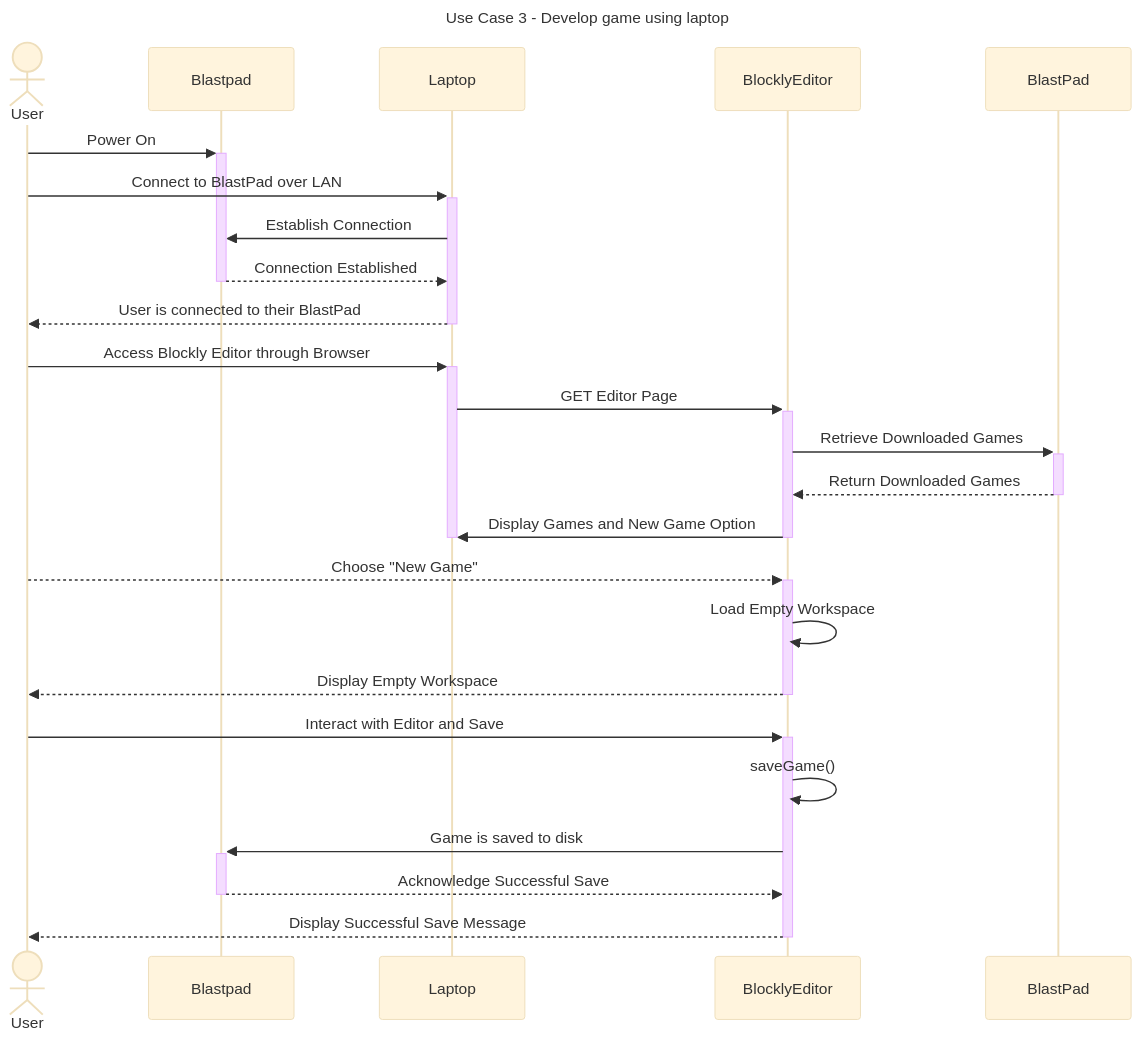
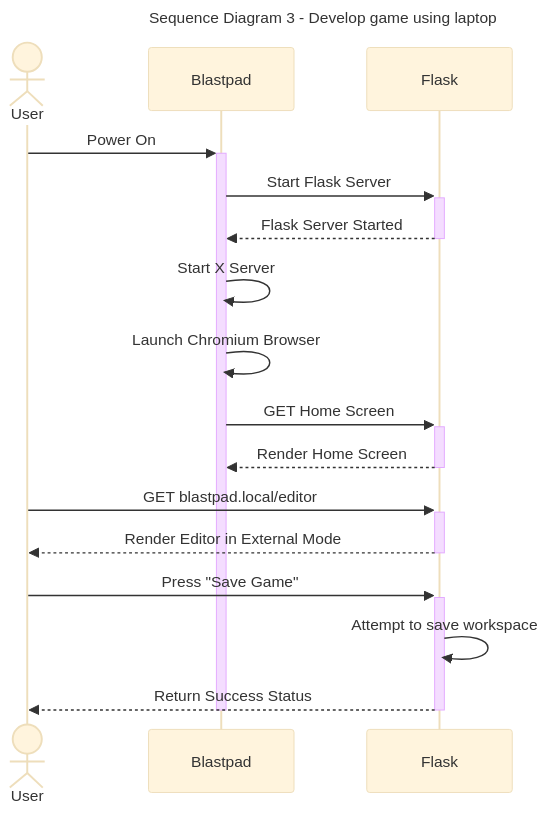
One commit to Capstone-Projects-2024-Spring/project-blastpad changed the third of 11 diagrams in documentation/docs/requirements/use-case-descriptions.md. Above: the diagram before and after it, drawn with Mermaid (base theme). The commit also changed other lines of this file and 3 other files, not shown here.

Commit message:
Use Case Seq Diagrams

````diff
--- a/documentation/docs/requirements/use-case-descriptions.md
+++ b/documentation/docs/requirements/use-case-descriptions.md
@@ -91,31 +91,26 @@
 ```mermaid
 ---
-title: "Use Case 3 - Develop game using laptop"
+title: "Sequence Diagram 3 - Develop game using laptop"
 ---
-
 sequenceDiagram
 actor User
 User->>+Blastpad: Power On
-User->>+Laptop: Connect to BlastPad over LAN
-Laptop->>Blastpad: Establish Connection
-Blastpad-->>-Laptop: Connection Established
-Laptop-->>-User: User is connected to their BlastPad
-User->>+Laptop: Access Blockly Editor through Browser
-Laptop->>+BlocklyEditor: GET Editor Page
+Blastpad->>+Flask: Start Flask Server
+Flask-->>-Blastpad: Flask Server Started
 
-BlocklyEditor->>+BlastPad: Retrieve Downloaded Games
-BlastPad-->>-BlocklyEditor: Return Downloaded Games
-BlocklyEditor->>-Laptop: Display Games and New Game Option
-deactivate Laptop
-User-->>+BlocklyEditor: Choose "New Game"
+Blastpad->>Blastpad: Start X Server
+Blastpad->>Blastpad: Launch Chromium Browser
 
-BlocklyEditor->>BlocklyEditor: Load Empty Workspace
-BlocklyEditor-->>-User: Display Empty Workspace
+Blastpad->>+Flask: GET Home Screen
+Flask-->>-Blastpad: Render Home Screen
 
-User->>+BlocklyEditor: Interact with Editor and Save
-BlocklyEditor->>BlocklyEditor: saveGame()
-BlocklyEditor->>+Blastpad: Game is saved to disk
-Blastpad-->>-BlocklyEditor: Acknowledge Successful Save
-BlocklyEditor-->>-User: Display Successful Save Message
+
+User->>+Flask: GET blastpad.local/editor
+Flask-->>-User: Render Editor in External Mode
+User->>+Flask: Press "Save Game"
+Flask->>Flask: Attempt to save workspace
+Flask-->>-User: Return Success Status
+
+deactivate Blastpad
 
 ```
````
